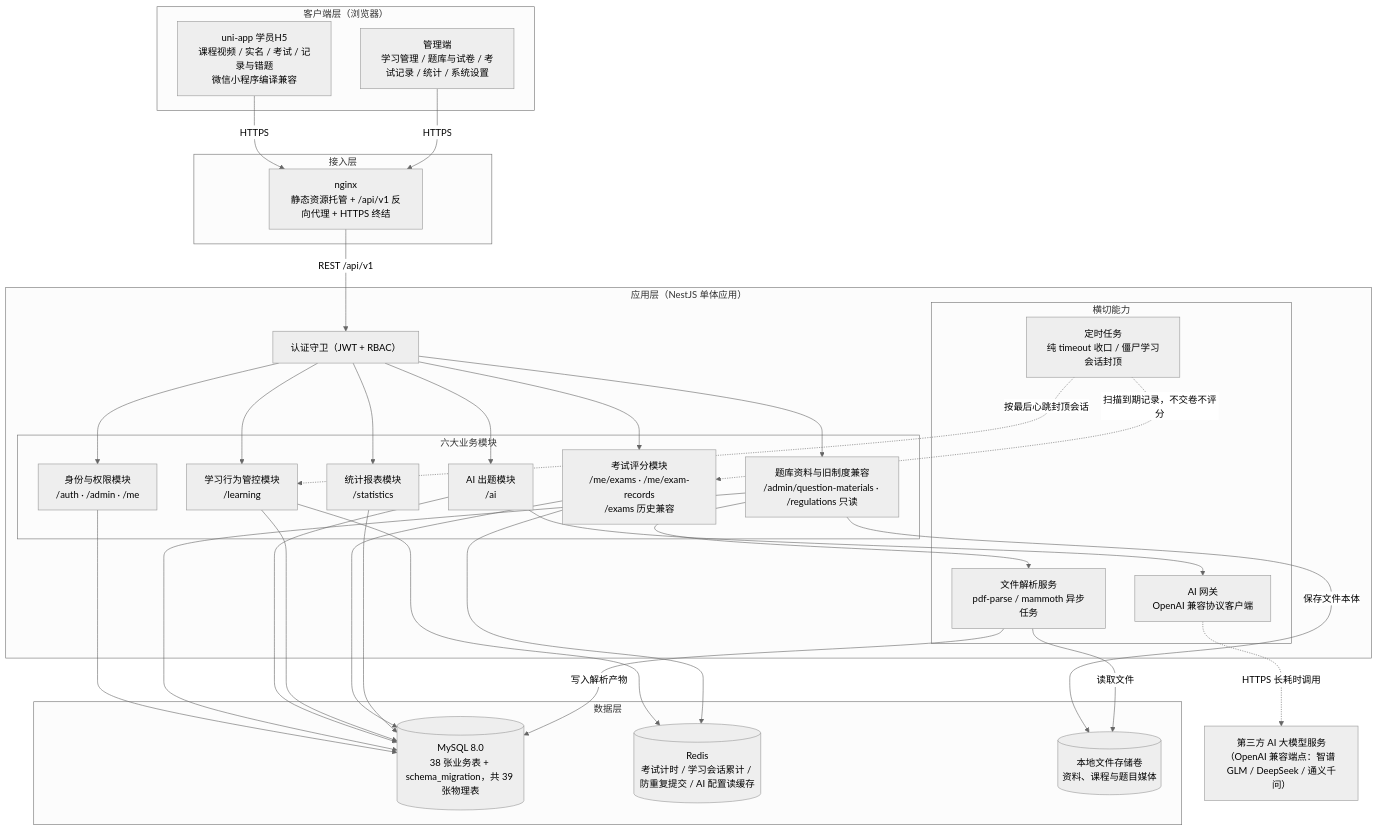
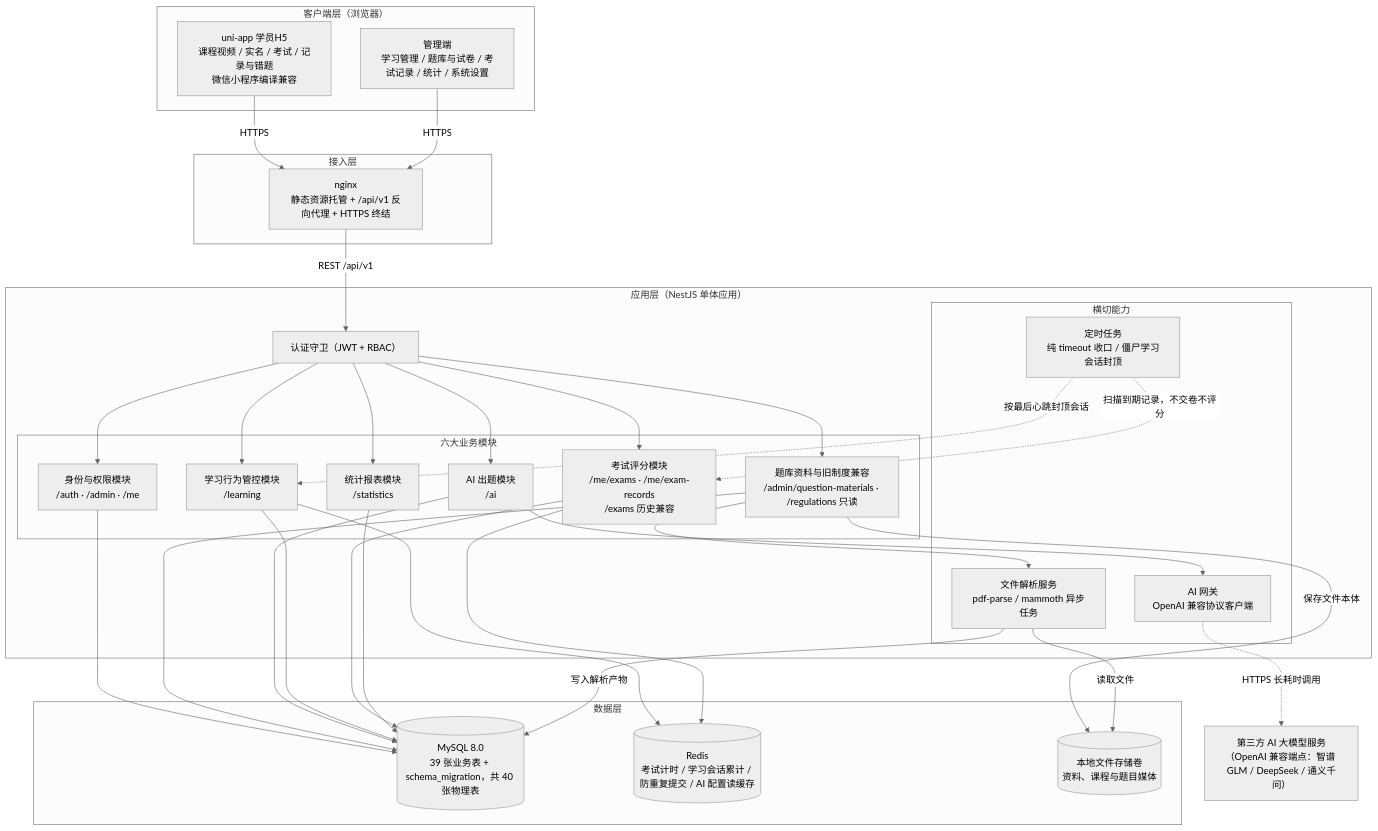
Before and after one commit to caoguanjie/emodor-exam: the first of 2 diagrams in docs/design/02-系统架构.md, drawn with Mermaid (neutral theme). The commit also changed other lines of this file and 241 other files, not shown here.

````diff
--- a/docs/design/02-系统架构.md
+++ b/docs/design/02-系统架构.md
@@ -38,62 +44,62 @@
 ```mermaid
 graph TD
     subgraph CL["客户端层（浏览器）"]
         E["uni-app 学员H5<br/>课程视频 / 实名 / 考试 / 记录与错题<br/>微信小程序编译兼容"]
         M["管理端<br/>学习管理 / 题库与试卷 / 考试记录 / 统计 / 系统设置"]
     end
 
     subgraph NL["接入层"]
         NGX["nginx<br/>静态资源托管 + /api/v1 反向代理 + HTTPS 终结"]
     end
 
     subgraph AL["应用层（NestJS 单体应用）"]
         GA["认证守卫（JWT + RBAC）"]
         subgraph BIZ["六大业务模块"]
             M1["身份与权限模块<br/>/auth · /admin · /me"]
             M2["题库资料与旧制度兼容<br/>/admin/question-materials · /regulations 只读"]
             M3["AI 出题模块<br/>/ai"]
             M4["学习行为管控模块<br/>/learning"]
             M5["考试评分模块<br/>/me/exams · /me/exam-records<br/>/exams 历史兼容"]
             M6["统计报表模块<br/>/statistics"]
         end
         subgraph XC["横切能力"]
             FP["文件解析服务<br/>pdf-parse / mammoth 异步任务"]
             AG["AI 网关<br/>OpenAI 兼容协议客户端"]
             SCH["定时任务<br/>纯 timeout 收口 / 僵尸学习会话封顶"]
         end
     end
 
     subgraph DL["数据层"]
-        DB[("MySQL 8.0<br/>38 张业务表 + schema_migration，共 39 张物理表")]
+        DB[("MySQL 8.0<br/>39 张业务表 + schema_migration，共 40 张物理表")]
         RD[("Redis<br/>考试计时 / 学习会话累计 / 防重复提交 / AI 配置读缓存")]
         FS[("本地文件存储卷<br/>资料、课程与题目媒体")]
     end
 
     EXT["第三方 AI 大模型服务<br/>（OpenAI 兼容端点：智谱 GLM / DeepSeek / 通义千问）"]
 
     E -->|"HTTPS"| NGX
     M -->|"HTTPS"| NGX
     NGX -->|"REST /api/v1"| GA
     GA --> M1
     GA --> M2
     GA --> M3
     GA --> M4
     GA --> M5
     GA --> M6
     M2 --> FP
     M3 --> AG
     SCH -.->|"扫描到期记录，不交卷不评分"| M5
     SCH -.->|"按最后心跳封顶会话"| M4
     M1 --> DB
     M2 --> DB
     M3 --> DB
     M4 --> DB
     M5 --> DB
     M6 --> DB
     M4 --> RD
     M5 --> RD
     M2 -->|"保存文件本体"| FS
     FP -->|"读取文件"| FS
     FP -->|"写入解析产物"| DB
     AG -.->|"HTTPS 长耗时调用"| EXT
 ```
````
